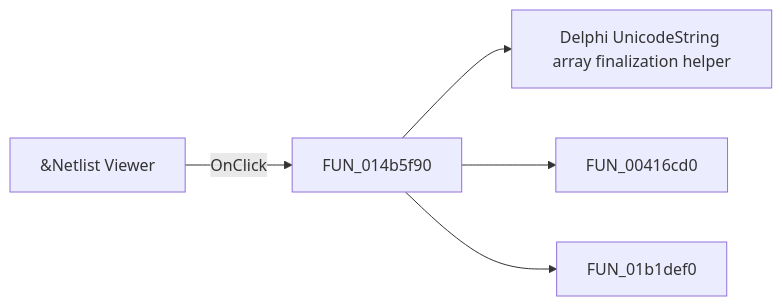
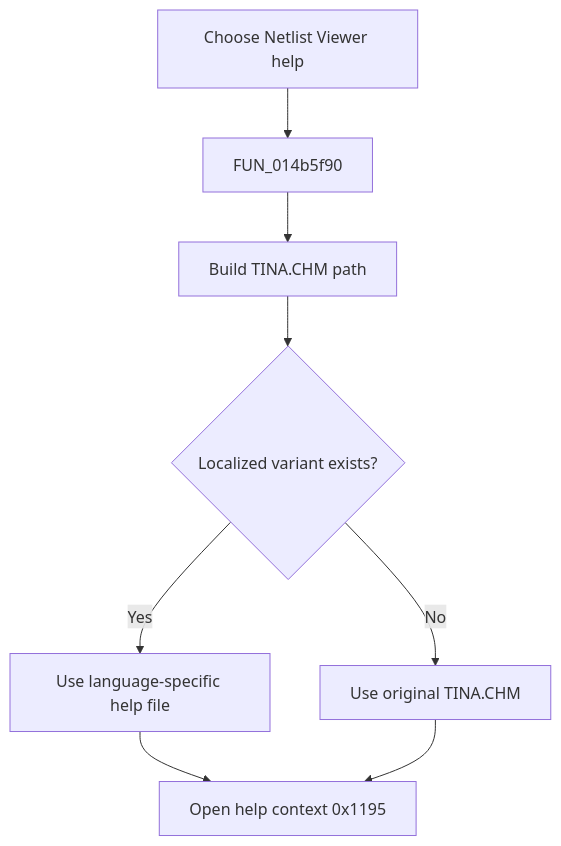
Before and after one commit to MovGP0/TIARA: the diagram in docs/ui-controls/netlistviewer/minetlisteditor-457b0c666f.md, drawn with Mermaid. The commit also changed other lines of this file and 1062 other files, not shown here.

````diff
--- a/docs/ui-controls/netlistviewer/minetlisteditor-457b0c666f.md
+++ b/docs/ui-controls/netlistviewer/minetlisteditor-457b0c666f.md
@@ -27,7 +27,10 @@
 ```mermaid
-flowchart LR
-    control["&Netlist Viewer"] -->|OnClick| handler["FUN_014b5f90"]
-    handler --> call1["Delphi UnicodeString array finalization helper"]
-    handler --> call2["FUN_00416cd0"]
-    handler --> call3["FUN_01b1def0"]
+flowchart TD
+    control["Choose Netlist Viewer help"] --> handler["FUN_014b5f90"]
+    handler --> path["Build TINA.CHM path"]
+    path --> localized{"Localized variant exists?"}
+    localized -->|Yes| variant["Use language-specific help file"]
+    localized -->|No| base["Use original TINA.CHM"]
+    variant --> help["Open help context 0x1195"]
+    base --> help
 ```
````
